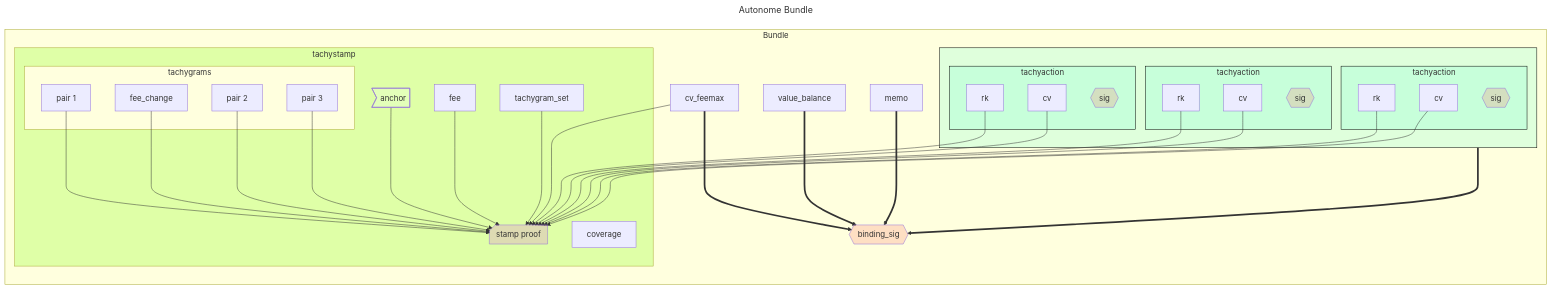
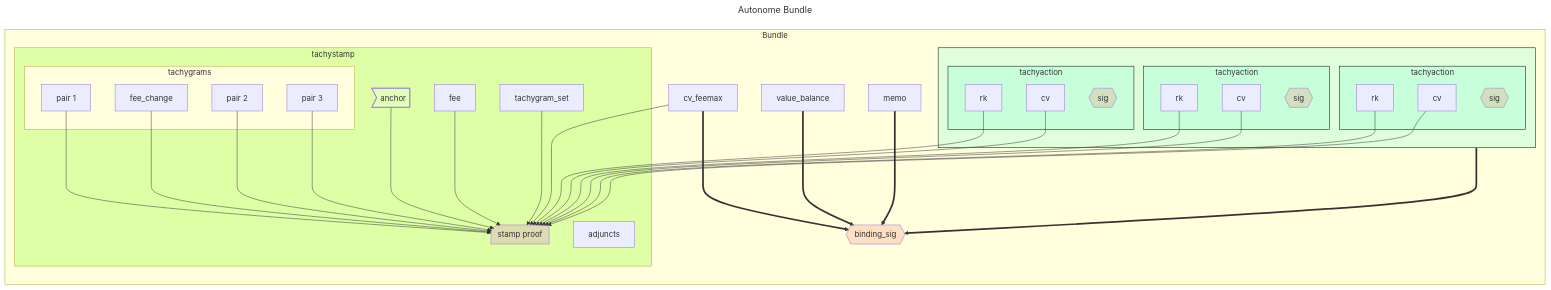
The diagram in book/src/bundle.md (tachyon-zcash/tachyon), drawn with Mermaid before and after one commit. The commit also changed other lines of this file and 18 other files, not shown here.

````diff
--- a/book/src/bundle.md
+++ b/book/src/bundle.md
@@ -85,75 +85,75 @@
 ```mermaid
 ---
 title: Autonome Bundle
 ---
 flowchart LR
 classDef signature fill:#fa807240
 classDef optional fill:#d3d3d340,stroke-dasharray: 5 5
 
 style tachyaction1 fill:#7fffd440,stroke:black
 style tachyaction2 fill:#7fffd440,stroke:black
 style tachyaction3 fill:#7fffd440,stroke:black
 style tachyaction_vec fill:#7fffd440,stroke:black
 
 style stamp_proof fill:#da70d640
 style anchor fill:#f0fff040
 
 style tachystamp fill:#7fff0040
 
 subgraph shielded_data["Bundle"]
 
     subgraph tachyaction_vec[" "]
 
         subgraph tachyaction1["tachyaction"]
             cv1["cv"]
             rk1["rk"]
             sig1:::signature@{shape: hex, label: "sig"}
         end
 
        subgraph tachyaction2["tachyaction"]
             cv2["cv"]
             rk2["rk"]
             sig2:::signature@{shape: hex, label: "sig"}
         end
 
        subgraph tachyaction3["tachyaction"]
             cv3["cv"]
             rk3["rk"]
             sig3:::signature@{shape: hex, label: "sig"}
         end
     end
 
     subgraph tachystamp
         subgraph tachygrams["tachygrams"]
             tg1["pair 1"]
             tg2["pair 2"]
             tg3["pair 3"]
             fee_change
         end
         fee
-        coverage
         tachygram_set
+        adjuncts
         anchor@{shape: odd}
         stamp_proof@{shape: notch-rect, label: "stamp proof"}
 
         anchor ---> stamp_proof
         fee & fee_change & tachygram_set ---> stamp_proof
         tg1 & tg2 & tg3 ---> stamp_proof
     end
 
     rk1 & rk2 & rk3 ---> stamp_proof
     cv1 & cv2 & cv3 ---> stamp_proof
 
     sig_binding:::signature@{shape: hex, label: "binding_sig"}
     v_balance["value_balance"]
     cv_feemax["cv_feemax"]
     memo
 
     cv_feemax ---> stamp_proof
 
     v_balance ===> sig_binding
     cv_feemax ===> sig_binding
     memo ===> sig_binding
     tachyaction_vec ===> sig_binding
 end
 ```
````
